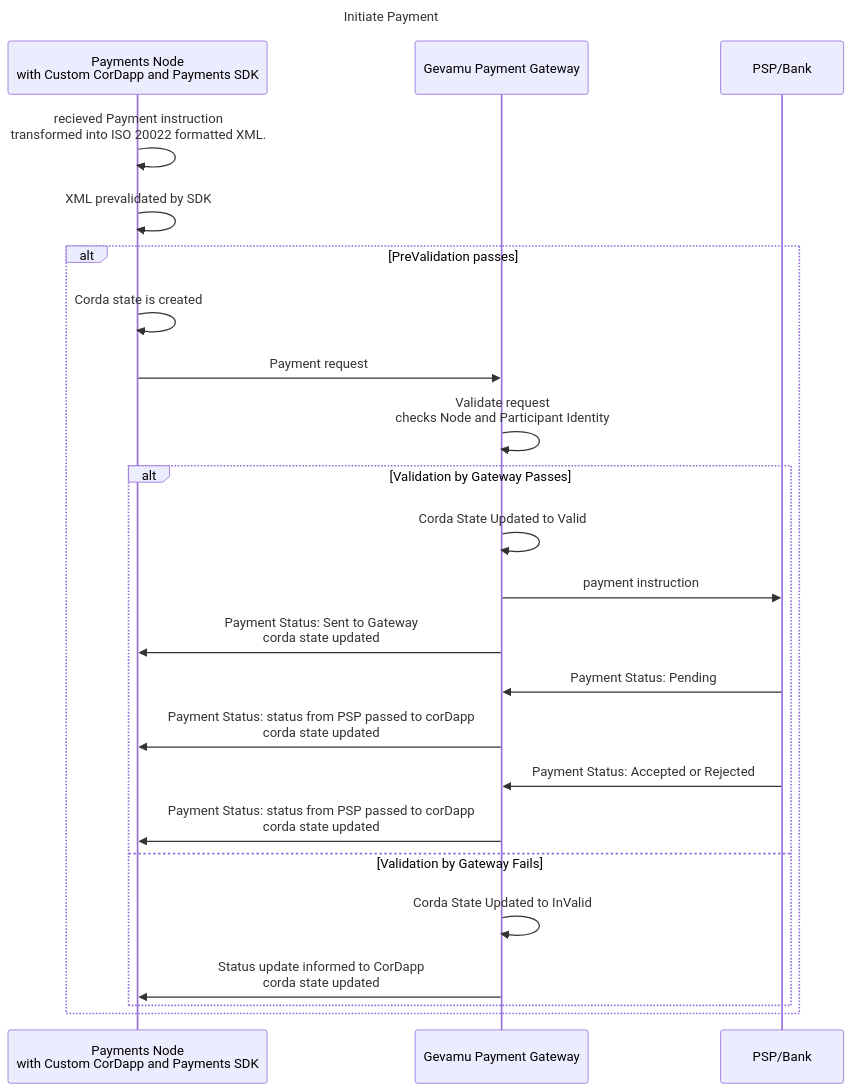
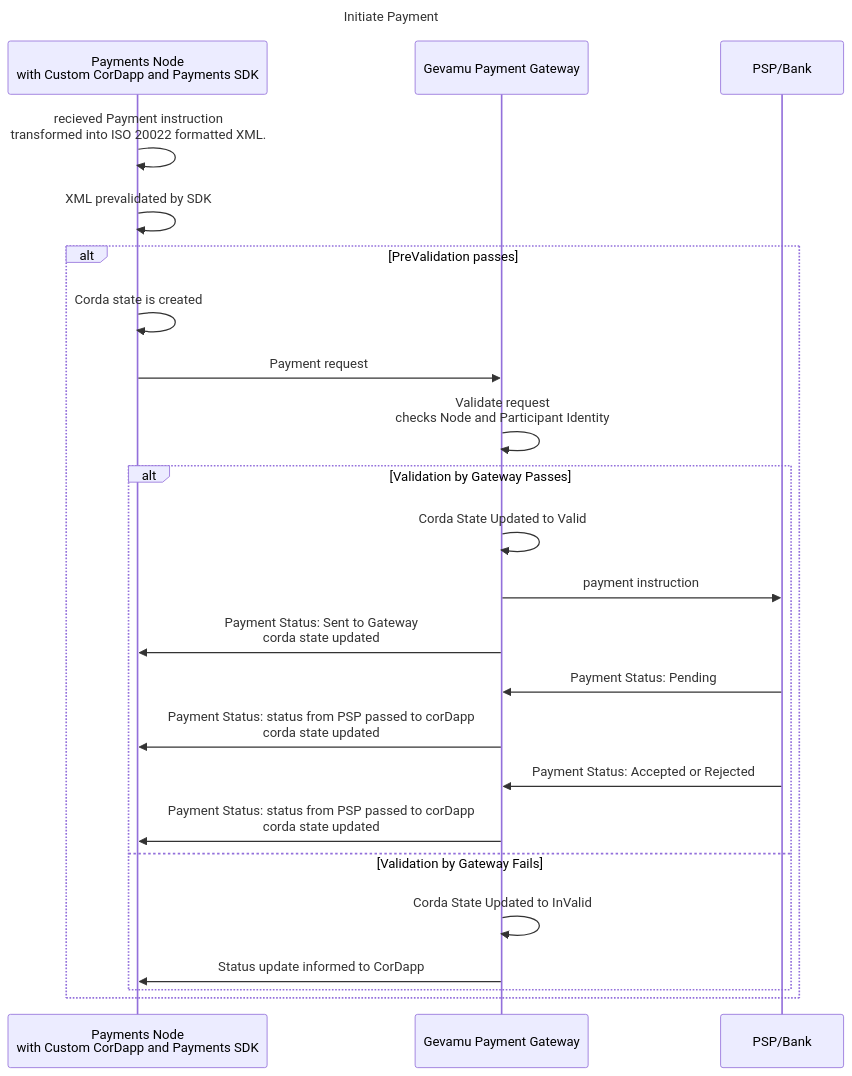
One commit to gevamu/gevamu.github.io changed the diagram in content/3.workflow/4.payment-initiation.md. Above: the diagram before and after it, drawn with Mermaid.

Commit message:
minor fix

````diff
--- a/content/3.workflow/4.payment-initiation.md
+++ b/content/3.workflow/4.payment-initiation.md
@@ -24,42 +24,41 @@
 ```mermaid
 ---
 title: Initiate Payment
 ---
 sequenceDiagram
     %% Participants
     participant pn as Payments Node <br/> with Custom CorDapp and Payments SDK 
     participant gpg as Gevamu Payment Gateway
     participant psp as PSP/Bank
 
     pn ->> pn: recieved Payment instruction  <br/> transformed into ISO 20022 formatted XML.
     pn ->> pn: XML prevalidated by SDK
 
     %% prevalidation by SDK
     alt PreValidation passes
         pn  ->>  pn: Corda state is created
         pn  ->> gpg: Payment request
         gpg ->> gpg: Validate request <br/> checks Node and Participant Identity
 
         ## validation by Gateway
         alt Validation by Gateway Passes
             gpg ->> gpg: Corda State Updated to Valid
             gpg ->> psp: payment instruction
             gpg ->> pn: Payment Status: Sent to Gateway <br/> corda state updated
 
             %% Pending Status by PSP
             psp ->> gpg: Payment Status: Pending
             gpg ->> pn : Payment Status: status from PSP passed to corDapp <br/> corda state updated
             
            %% Request has been processed by PSP 
             psp ->> gpg: Payment Status: Accepted or Rejected
             gpg ->> pn : Payment Status: status from PSP passed to corDapp <br/> corda state updated
 
         %% validation by gateway fails
         else Validation by Gateway Fails
             gpg ->> gpg: Corda State Updated to InValid
-            gpg ->> pn : Status update informed to CorDapp <br/> corda state updated
-
+            gpg ->> pn : Status update informed to CorDapp 
         end
             
     end
 ```
````
